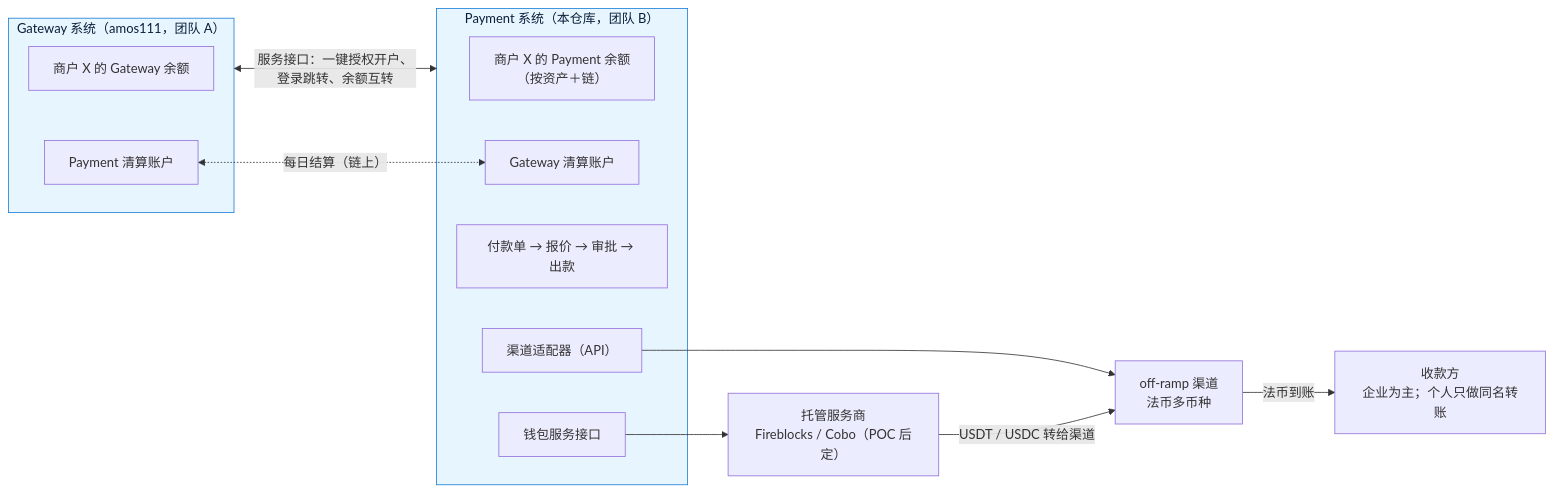
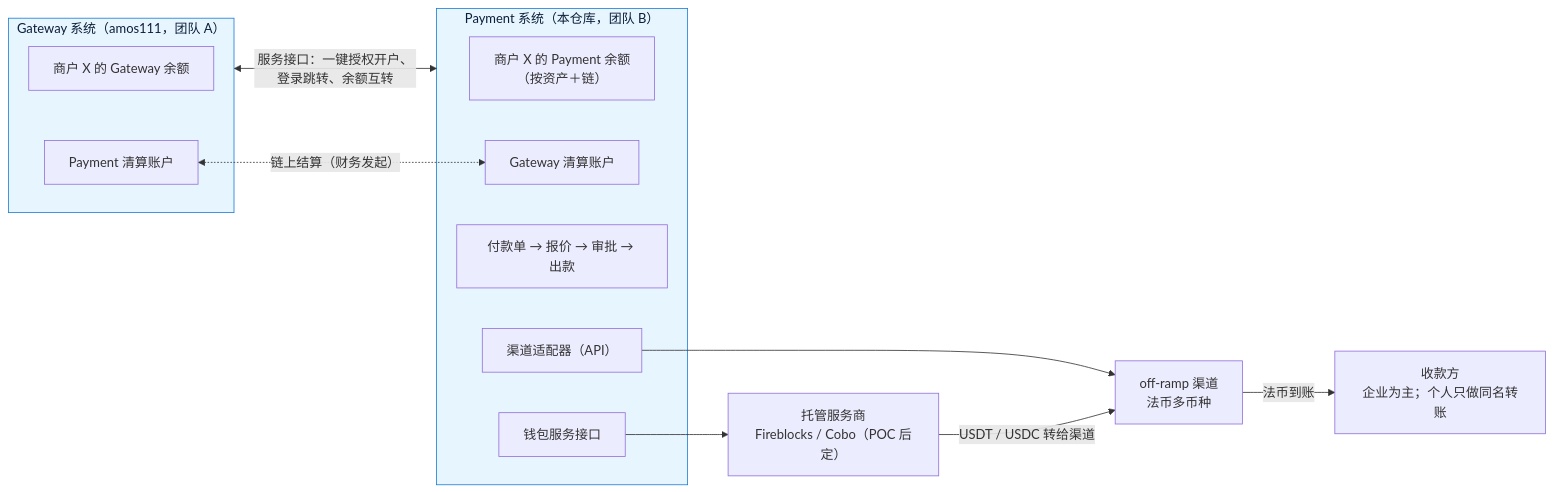
The diagram in 技术方案/v1-架构方案.md (dollar3651314/amospayment), drawn with Mermaid before and after one commit. The commit also changed other lines of this file and 3 other files, not shown here.

First line of the commit message:
按 Amos 对流程图 4 个问题的答复修改方案、流程图和项目概览

````diff
--- a/技术方案/v1-架构方案.md
+++ b/技术方案/v1-架构方案.md
@@ -10,23 +10,23 @@
 ```mermaid
 flowchart LR
     subgraph GW["Gateway 系统（amos111，团队 A）"]
         G1["商户 X 的 Gateway 余额"]
         G2["Payment 清算账户"]
     end
     subgraph PM["Payment 系统（本仓库，团队 B）"]
         P1["商户 X 的 Payment 余额<br/>（按资产＋链）"]
         P2["Gateway 清算账户"]
         P3["付款单 → 报价 → 审批 → 出款"]
         P4["渠道适配器（API）"]
         P5["钱包服务接口"]
     end
     GW <-->|"服务接口：一键授权开户、登录跳转、余额互转"| PM
-    G2 <-.->|"每日结算（链上）"| P2
+    G2 <-.->|"链上结算（财务发起）"| P2
     P5 --> C["托管服务商<br/>Fireblocks / Cobo（POC 后定）"]
     P4 --> CH["off-ramp 渠道<br/>法币多币种"]
     C -->|"USDT / USDC 转给渠道"| CH
     CH -->|"法币到账"| B["收款方<br/>企业为主；个人只做同名转账"]
 
     classDef sys fill:#E7F5FF,stroke:#1C7ED6,color:#0B1F3A
     class GW,PM sys
 ```
````
